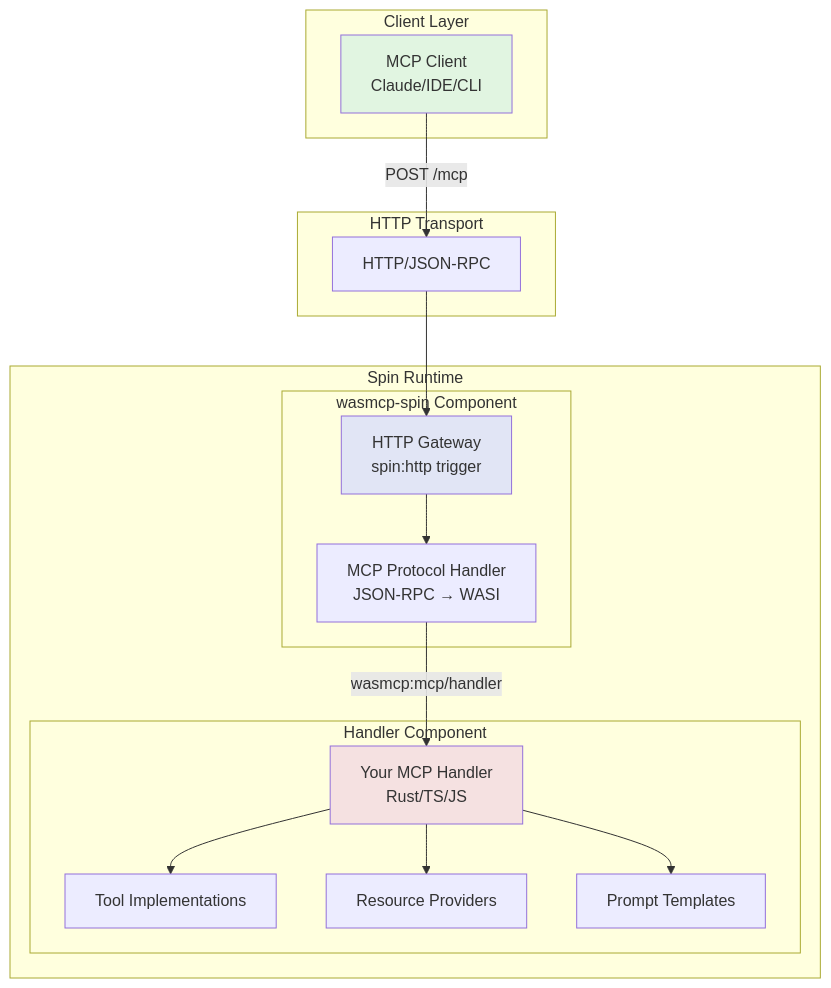
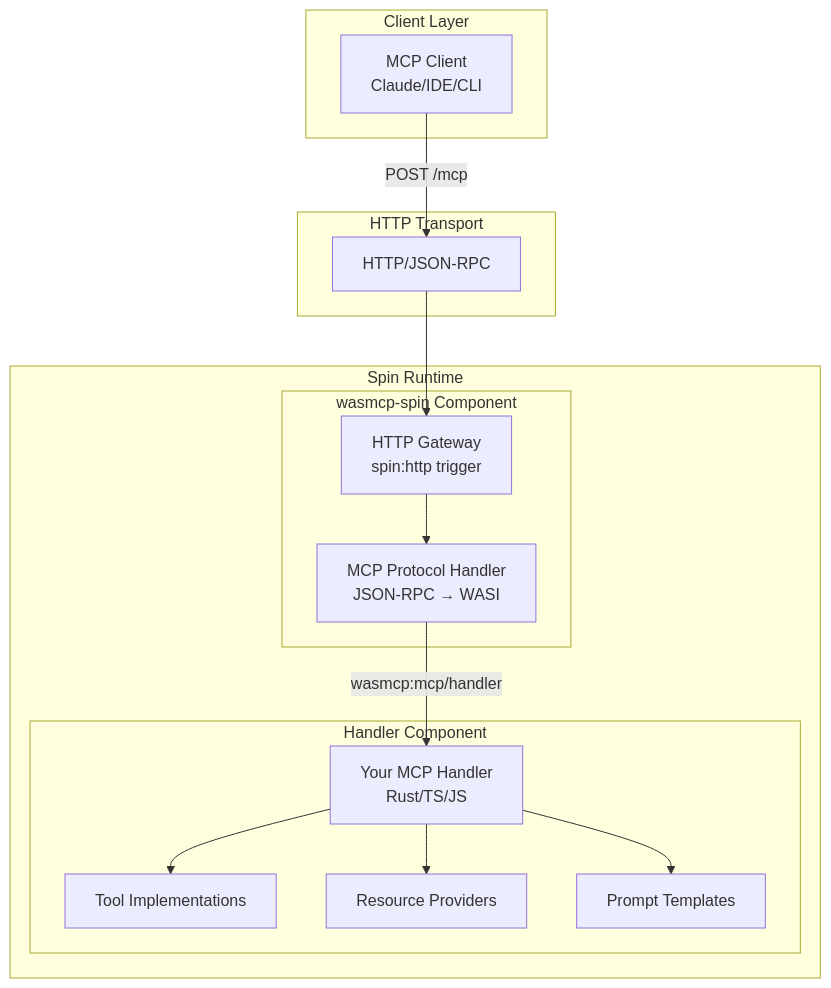
Before and after one commit to wasmcp/wasmcp: the diagram in README.md, drawn with Mermaid.

````diff
--- a/README.md
+++ b/README.md
@@ -25,36 +25,32 @@
 ```mermaid
 graph TB
     subgraph "Client Layer"
         Client[MCP Client<br/>Claude/IDE/CLI]
     end
     
     subgraph "HTTP Transport"
         HTTP[HTTP/JSON-RPC]
     end
     
     subgraph "Spin Runtime"
         subgraph "wasmcp-spin Component"
             Gateway[HTTP Gateway<br/>spin:http trigger]
             Protocol[MCP Protocol Handler<br/>JSON-RPC → WASI]
         end
         
         subgraph "Handler Component"
             Handler[Your MCP Handler<br/>Rust/TS/JS]
             Tools[Tool Implementations]
             Resources[Resource Providers]
             Prompts[Prompt Templates]
         end
     end
     
     Client -->|POST /mcp| HTTP
     HTTP --> Gateway
     Gateway --> Protocol
     Protocol -->|wasmcp:mcp/handler| Handler
     Handler --> Tools
     Handler --> Resources  
     Handler --> Prompts
-    
-    style Client fill:#e1f5e1
-    style Gateway fill:#e1e5f5
-    style Handler fill:#f5e1e1
 ```
````
